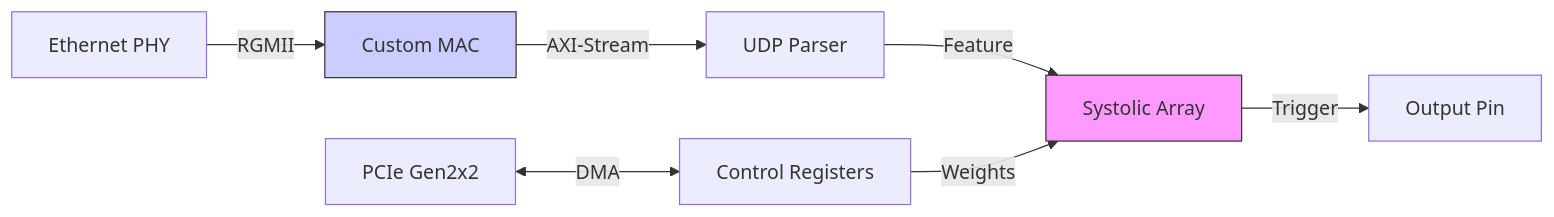
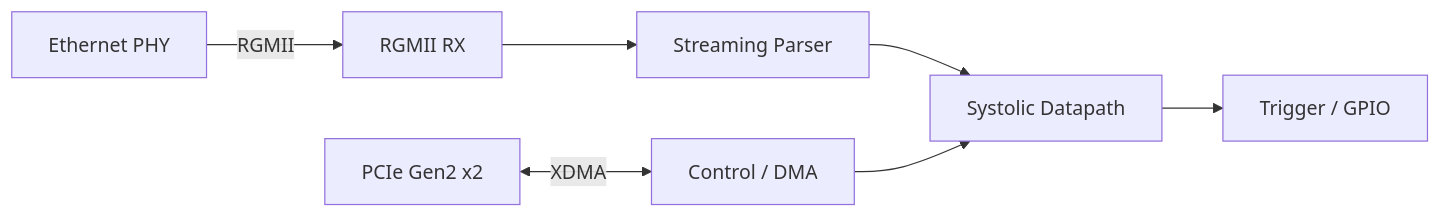
One commit to yishoulee/fpga-inference-portfolio changed the diagram in README.md. Above: the diagram before and after it, drawn with Mermaid. The commit also changed other lines of this file, not shown here.

````diff
--- a/README.md
+++ b/README.md
@@ -105,11 +60,9 @@
 ```mermaid
 graph LR
-    PHY[Ethernet PHY] -->|RGMII| MAC[Custom MAC]
-    MAC -->|AXI-Stream| Parser[UDP Parser]
-    Parser -->|Feature| NPU[Systolic Array]
-    NPU -->|Trigger| GPIO[Output Pin]
-    PCIe[PCIe Gen2x2] <-->|DMA| Regs[Control Registers]
-    Regs -->|Weights| NPU
-    style NPU fill:#f9f,stroke:#333
-    style MAC fill:#ccf,stroke:#333
+    PHY[Ethernet PHY] -->|RGMII| RX[RGMII RX]
+    RX --> PARSER[Streaming Parser]
+    PARSER --> NPU[Systolic Datapath]
+    NPU --> GPIO[Trigger / GPIO]
+    PCIe[PCIe Gen2 x2] <-->|XDMA| CTRL[Control / DMA]
+    CTRL --> NPU
 ```
````
